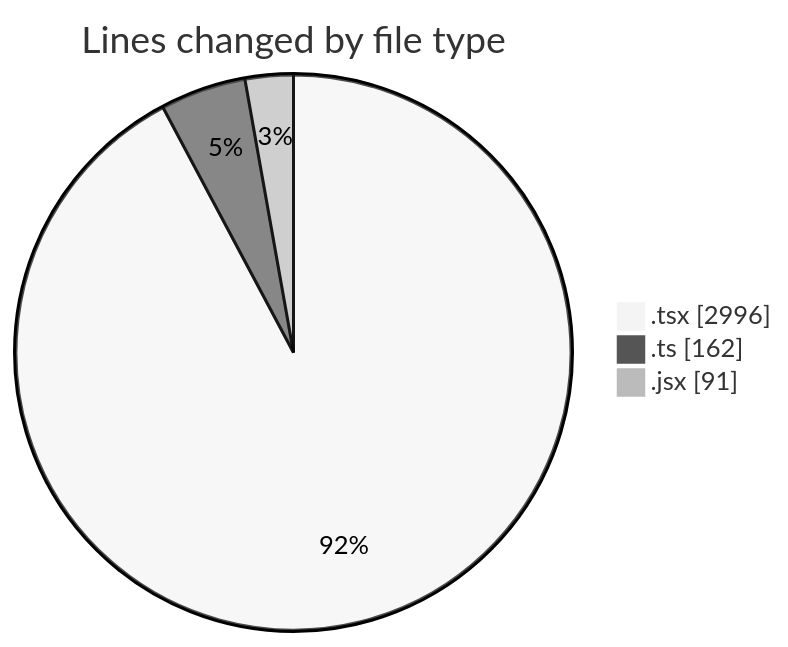
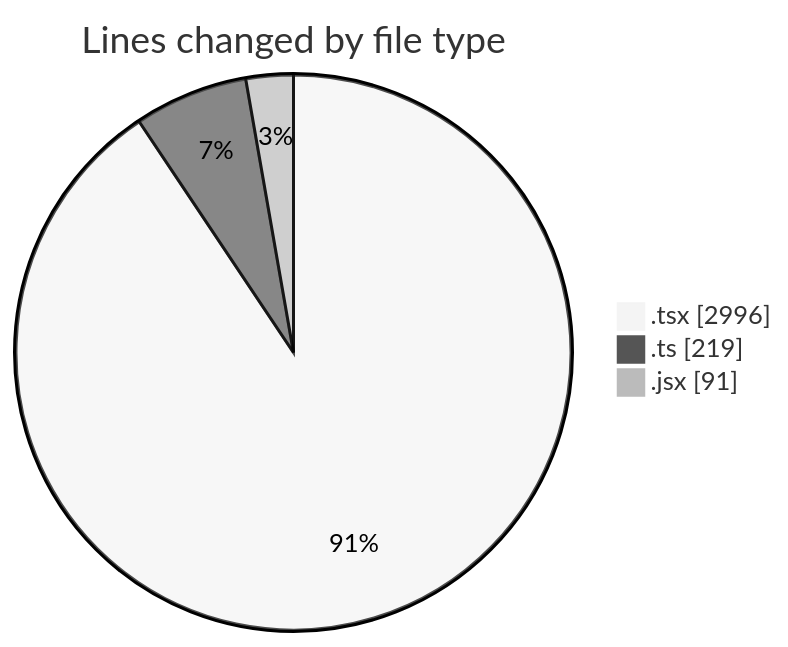
Before and after one commit to momahboobian/code-tracking: the first of 2 diagrams in 2026-04-27/cda/README.md, drawn with Mermaid (neutral theme). The commit also changed other lines of this file and 1 other file, not shown here.

````diff
--- a/2026-04-27/cda/README.md
+++ b/2026-04-27/cda/README.md
@@ -31,7 +31,7 @@
 ```mermaid
 pie showData
 title Lines changed by file type
 ".tsx" : 2996
-".ts" : 162
+".ts" : 219
 ".jsx" : 91
 ```
````
